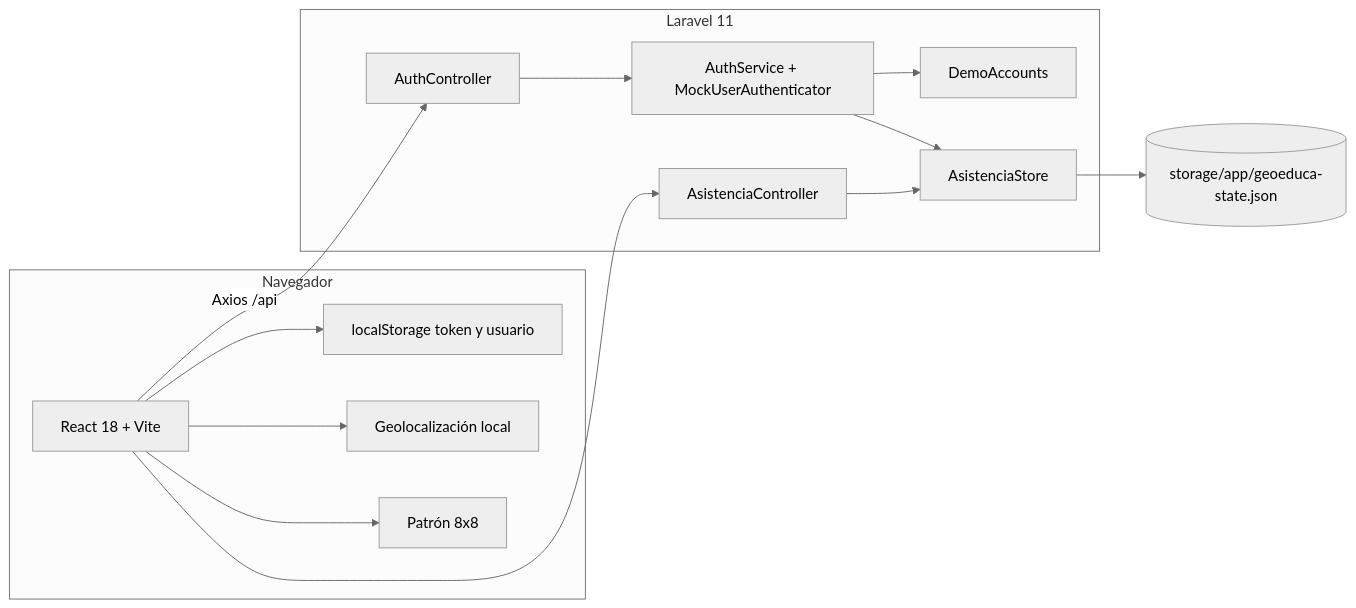
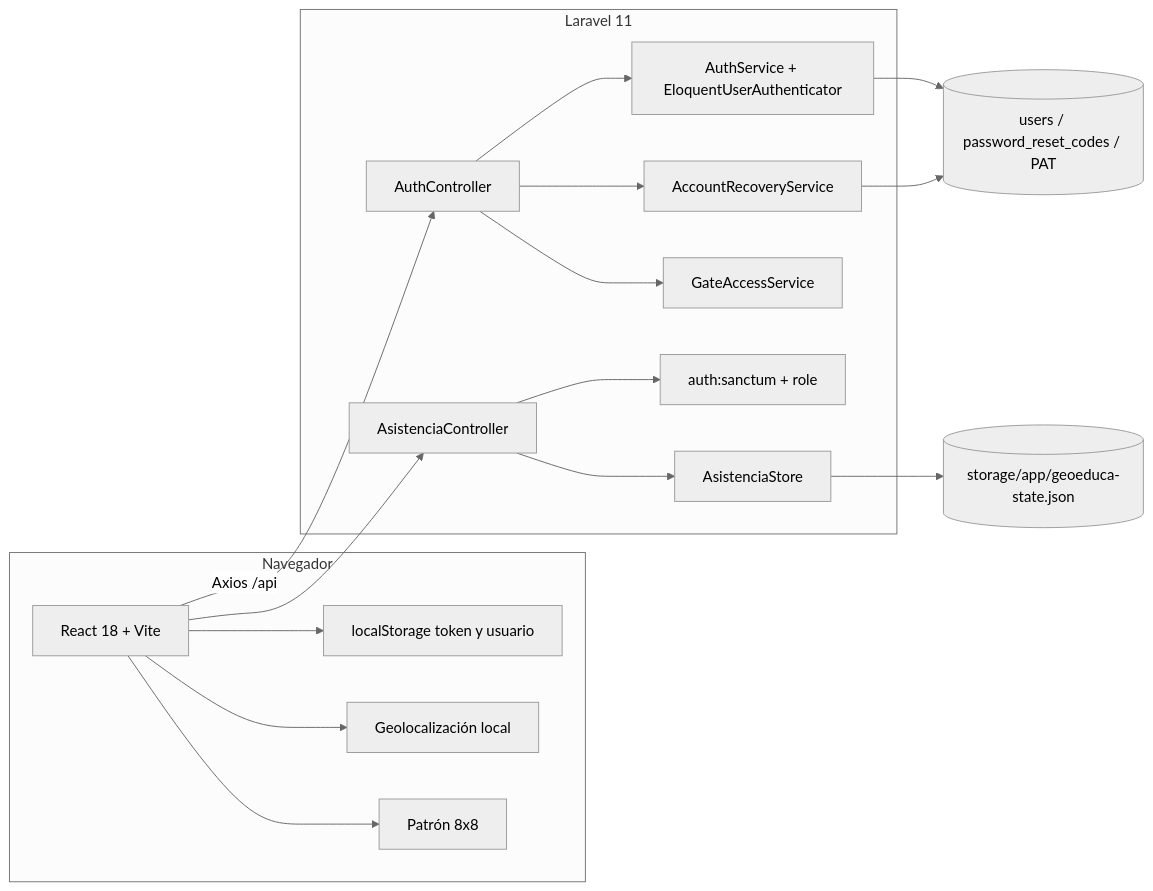
One commit to Diego7644/GeoEduca changed the first of 2 diagrams in docs/02-desarrollo/ARQUITECTURA.md. Above: the diagram before and after it, drawn with Mermaid (neutral theme). The commit also changed other lines of this file and 8 other files, not shown here.

````diff
--- a/docs/02-desarrollo/ARQUITECTURA.md
+++ b/docs/02-desarrollo/ARQUITECTURA.md
@@ -5,27 +5,33 @@
 ```mermaid
 flowchart LR
   subgraph cliente [Navegador]
     UI[React 18 + Vite]
     LS[localStorage token y usuario]
     GPS[Geolocalización local]
     QR[Patrón 8x8]
   end
   subgraph api [Laravel 11]
     AC[AuthController]
     AS[AsistenciaController]
-    AUTH[AuthService + MockUserAuthenticator]
-    DEMO[DemoAccounts]
+    AUTH[AuthService + EloquentUserAuthenticator]
+    REC[AccountRecoveryService]
+    GATE[GateAccessService]
+    MW[auth:sanctum + role]
     STORE[AsistenciaStore]
   end
+  PG[(users / password_reset_codes / PAT)]
   JSON[(storage/app/geoeduca-state.json)]
   UI --> LS
   UI -->|Axios /api| AC
   UI --> AS
   UI --> GPS
   UI --> QR
   AC --> AUTH
-  AUTH --> DEMO
-  AUTH --> STORE
+  AC --> REC
+  AC --> GATE
+  AUTH --> PG
+  REC --> PG
+  AS --> MW
   AS --> STORE
   STORE --> JSON
 ```
````
